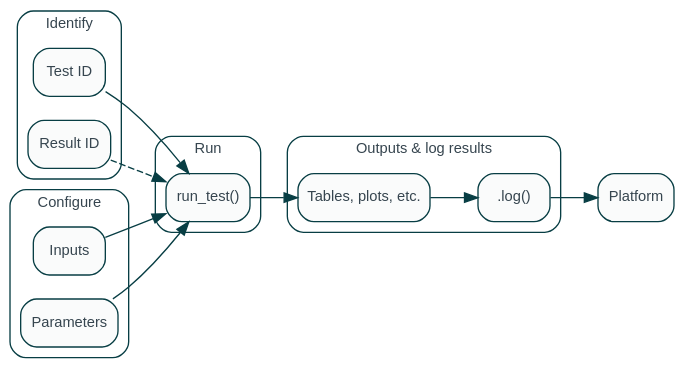
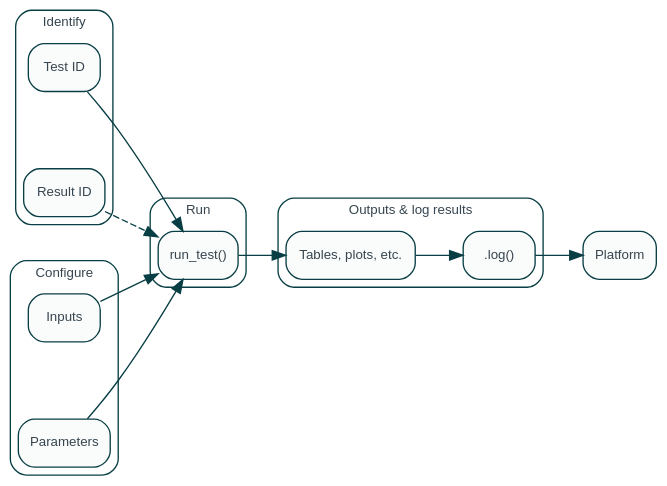
The first of 2 diagrams in site/developer/how-to/testing-overview.qmd (validmind/documentation), drawn with Graphviz before and after one commit. The commit also changed other lines of this file, not shown here.

Commit message:
Some graphviz tweaks

````diff
--- a/site/developer/how-to/testing-overview.qmd
+++ b/site/developer/how-to/testing-overview.qmd
@@ -83,23 +83,27 @@
 ```{dot}
 digraph {
     rankdir=LR
     bgcolor="transparent"
-    node [shape=box, style="rounded,filled", fillcolor="#FAFBFB", color="#083E44", fontcolor="#36454F", fontname="Arial,Helvetica,sans-serif", fontsize=11, penwidth=1]
+    margin=0
+    pad=0.1
+    ranksep=0.5
+    nodesep=0.8
+    node [shape=box, style="rounded,filled", fillcolor="#FAFBFB", color="#083E44", fontcolor="#36454F", fontname="Arial,Helvetica,sans-serif", fontsize=10, penwidth=1, margin="0.12,0.08"]
     edge [color="#083E44", penwidth=1]
-    graph [fontcolor="#36454F", fontname="Arial,Helvetica,sans-serif", fontsize=11]
+    graph [fontcolor="#36454F", fontname="Arial,Helvetica,sans-serif", fontsize=10]
     
-    subgraph cluster_identify { label="Identify"; style="rounded"; color="#083E44"; fillcolor="#FAFBFB"; TestID [label="Test ID"]; ResultID [label="Result ID"] }
-    subgraph cluster_configure { label="Configure"; style="rounded"; color="#083E44"; fillcolor="#FAFBFB"; Inputs; Params [label="Parameters"] }
-    subgraph cluster_run { label="Run"; style="rounded"; color="#083E44"; fillcolor="#FAFBFB"; RunTest [label="run_test()"] }
-    subgraph cluster_output { label="Outputs & log results"; style="rounded"; color="#083E44"; fillcolor="#FAFBFB"; Output [label="Tables, plots, etc."]; Log [label=".log()"] }
+    subgraph cluster_identify { label="Identify"; style="rounded"; color="#083E44"; fillcolor="#FAFBFB"; margin=6; TestID [label="Test ID"]; ResultID [label="Result ID"] }
+    subgraph cluster_configure { label="Configure"; style="rounded"; color="#083E44"; fillcolor="#FAFBFB"; margin=6; Inputs; Params [label="Parameters"] }
+    subgraph cluster_run { label="Run"; style="rounded"; color="#083E44"; fillcolor="#FAFBFB"; margin=6; RunTest [label="run_test()"] }
+    subgraph cluster_output { label="Outputs & log results"; style="rounded"; color="#083E44"; fillcolor="#FAFBFB"; margin=6; Output [label="Tables, plots, etc."]; Log [label=".log()"] }
     Platform
     
     TestID -> RunTest
     ResultID -> RunTest [style=dashed]
     Inputs -> RunTest
     Params -> RunTest
     RunTest -> Output
     Output -> Log
     Log -> Platform
 }
 ```
````
